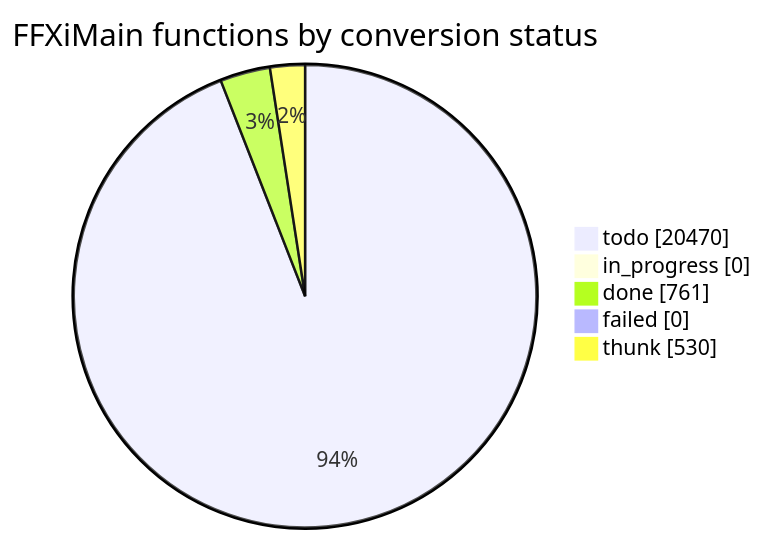
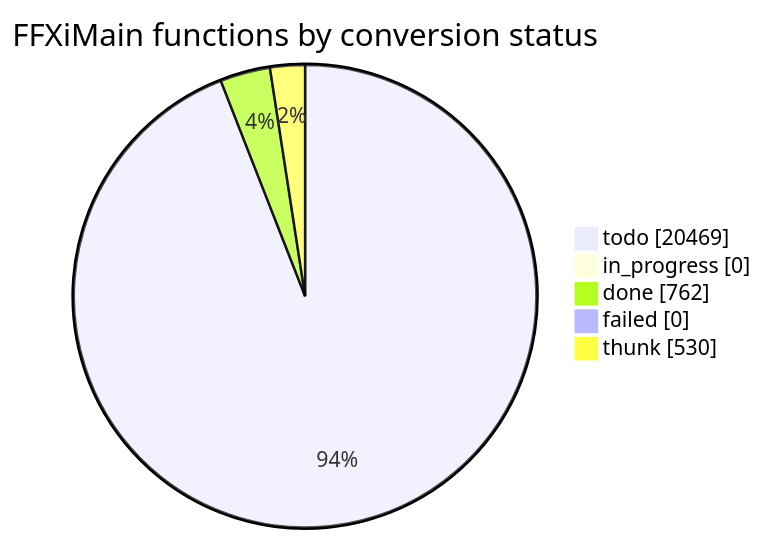
The diagram in docs/cow/STATUS.md (cowrevenge/cow_kuluu_xi_anything), drawn with Mermaid before and after one commit. The commit also changed other lines of this file and 9 other files, not shown here.

````diff
--- a/docs/cow/STATUS.md
+++ b/docs/cow/STATUS.md
@@ -18,9 +18,9 @@
 ```mermaid
 pie showData
     title FFXiMain functions by conversion status
-    "todo" : 20470
+    "todo" : 20469
     "in_progress" : 0
-    "done" : 761
+    "done" : 762
     "failed" : 0
     "thunk" : 530
 ```
````
